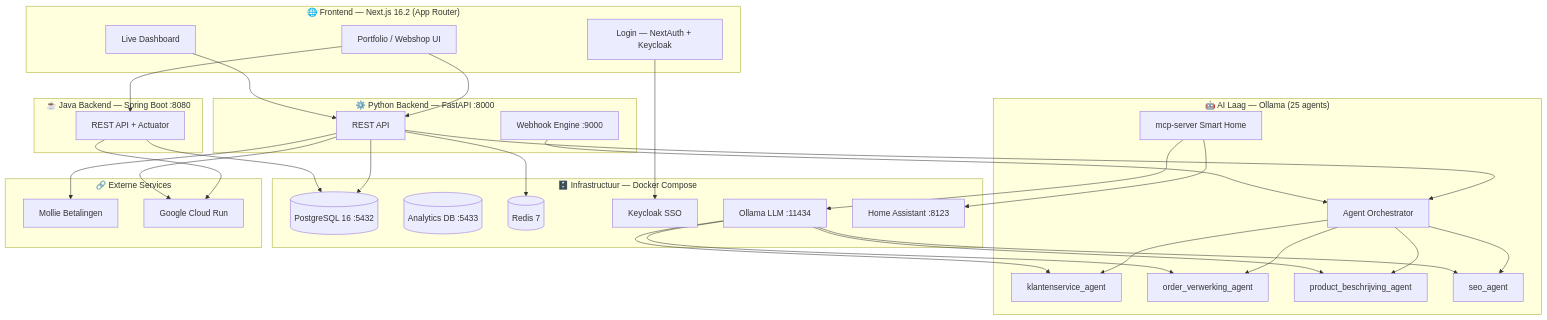
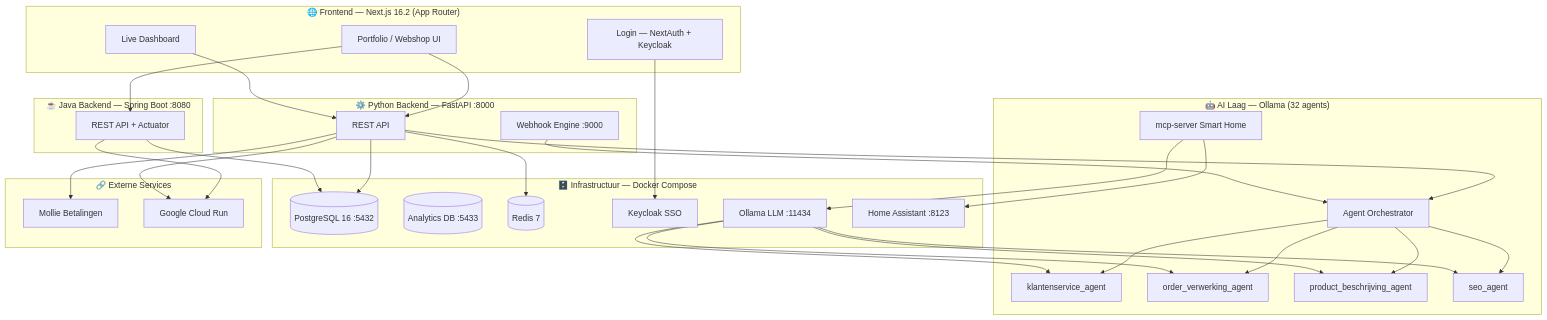
Before and after one commit to koenvorster/Personal_project_VorstersNV: the first of 2 diagrams in README.md, drawn with Mermaid. The commit also changed other lines of this file and 9 other files, not shown here.

````diff
--- a/README.md
+++ b/README.md
@@ -183,57 +183,57 @@
 ```mermaid
 graph TB
     subgraph Frontend["🌐 Frontend — Next.js 16.2 (App Router)"]
         UI[Portfolio / Webshop UI]
         DASH[Live Dashboard]
         LOGIN[Login — NextAuth + Keycloak]
     end
 
     subgraph PythonBackend["⚙️ Python Backend — FastAPI :8000"]
         API[REST API]
         WH[Webhook Engine :9000]
     end
 
     subgraph JavaBackend["☕ Java Backend — Spring Boot :8080"]
         JAPI[REST API + Actuator]
     end
 
-    subgraph AI["🤖 AI Laag — Ollama (25 agents)"]
+    subgraph AI["🤖 AI Laag — Ollama (32 agents)"]
         ORCH[Agent Orchestrator]
         KS[klantenservice_agent]
         OV[order_verwerking_agent]
         PB[product_beschrijving_agent]
         SEO[seo_agent]
         MCP[mcp-server Smart Home]
     end
 
     subgraph Infra["🗄️ Infrastructuur — Docker Compose"]
         PG[(PostgreSQL 16 :5432)]
         PG2[(Analytics DB :5433)]
         RD[(Redis 7)]
         KC[Keycloak SSO]
         OL[Ollama LLM :11434]
         HA[Home Assistant :8123]
     end
 
     subgraph External["🔗 Externe Services"]
         MOLLIE[Mollie Betalingen]
         GCP[Google Cloud Run]
     end
 
     UI --> API
     UI --> JAPI
     DASH --> API
     LOGIN --> KC
     API --> PG
     API --> RD
     API --> ORCH
     JAPI --> PG
     WH --> ORCH
     ORCH --> KS & OV & PB & SEO
     OL --> KS & OV & PB & SEO
     MCP --> HA
     MCP --> OL
     API --> MOLLIE
     JAPI --> GCP
     API --> GCP
 ```
````
